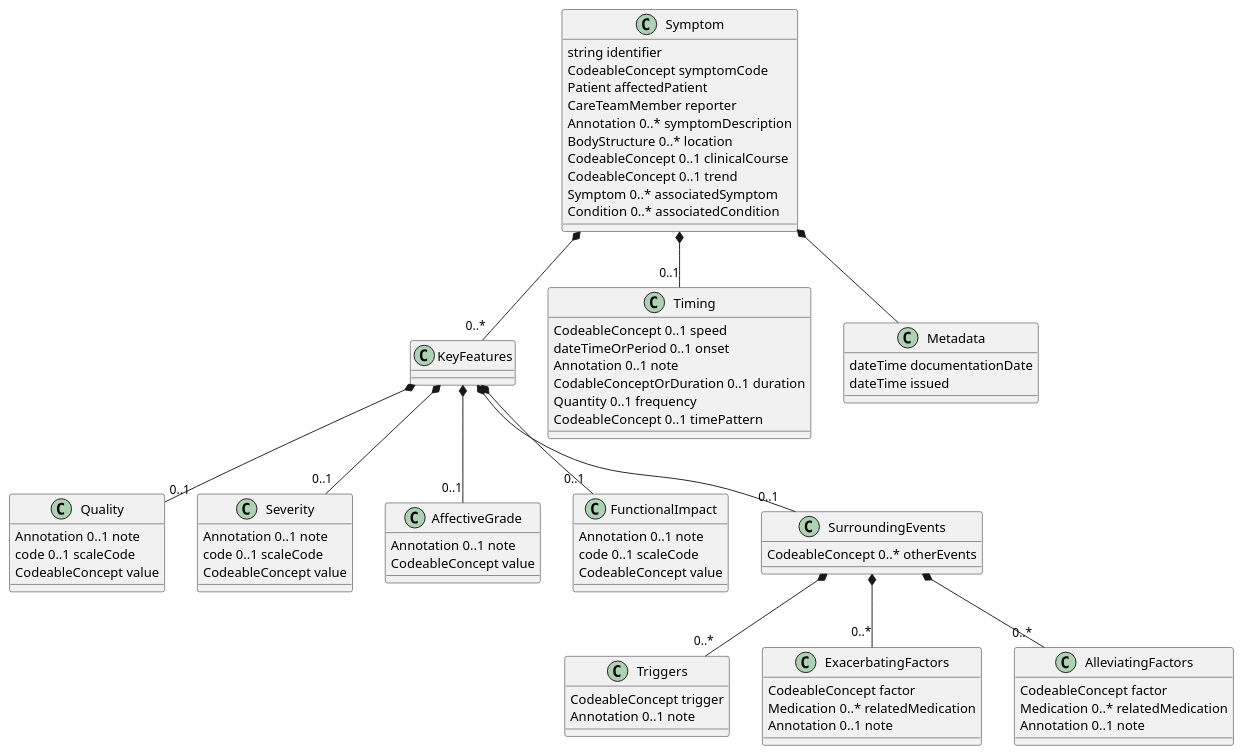
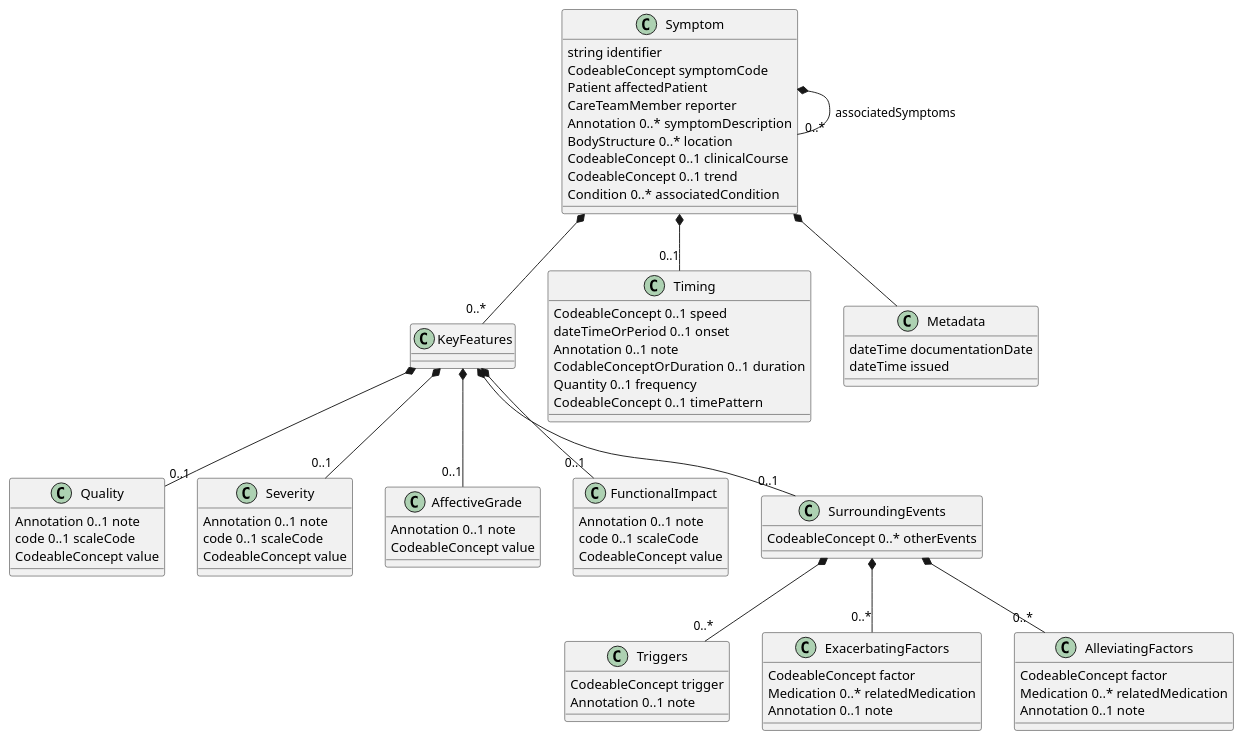
The diagram in input/images-source/SymptomLogicalModel.plantuml (HL7/fhir-symptoms-ig), drawn with PlantUML before and after one commit. The commit also changed 2 other files, not shown here.

Commit message:
Updated the associated symptoms linkages.

```diff
--- a/input/images-source/SymptomLogicalModel.plantuml
+++ b/input/images-source/SymptomLogicalModel.plantuml
@@ -1,78 +1,78 @@
 @startuml
 class Symptom {
   string identifier
   CodeableConcept symptomCode
   Patient affectedPatient
   CareTeamMember reporter
   Annotation 0..* symptomDescription
   BodyStructure 0..* location
   CodeableConcept 0..1 clinicalCourse
   CodeableConcept 0..1 trend
-  Symptom 0..* associatedSymptom
   Condition 0..* associatedCondition
 }
+Symptom *-- "0..*" Symptom : associatedSymptoms
 Symptom *-- "0..*" KeyFeatures
 class KeyFeatures {
 }
 KeyFeatures *-- "0..1" Quality
 class Quality {
   Annotation 0..1 note
   code 0..1 scaleCode
   CodeableConcept value
 }
 KeyFeatures *-- "0..1" Severity
 class Severity {
   Annotation 0..1 note
   code 0..1 scaleCode
   CodeableConcept value
 }
 KeyFeatures *-- "0..1" AffectiveGrade
 class AffectiveGrade {
   Annotation 0..1 note
   CodeableConcept value
 }
 KeyFeatures *-- "0..1" FunctionalImpact
 class FunctionalImpact {
   Annotation 0..1 note
   code 0..1 scaleCode
   CodeableConcept value
 }
 KeyFeatures *-- "0..1" SurroundingEvents
 class SurroundingEvents {
   CodeableConcept 0..* otherEvents
 }
 SurroundingEvents *-- "0..*" Triggers
 class Triggers {
   CodeableConcept trigger
   Annotation 0..1 note
 }
 SurroundingEvents *-- "0..*" ExacerbatingFactors
 class ExacerbatingFactors {
   CodeableConcept factor
   Medication 0..* relatedMedication
   Annotation 0..1 note
 }
 SurroundingEvents *-- "0..*" AlleviatingFactors
 class AlleviatingFactors {
   CodeableConcept factor
   Medication 0..* relatedMedication
   Annotation 0..1 note
 }
 
 Symptom *-- "0..1" Timing
 class Timing {
   CodeableConcept 0..1 speed
   dateTimeOrPeriod 0..1 onset
   Annotation 0..1 note
   CodableConceptOrDuration 0..1 duration
   Quantity 0..1 frequency
   CodeableConcept 0..1 timePattern
 }
 
 Symptom *-- Metadata
 class Metadata {
 dateTime documentationDate
 dateTime issued
 }
 
 @enduml
```
